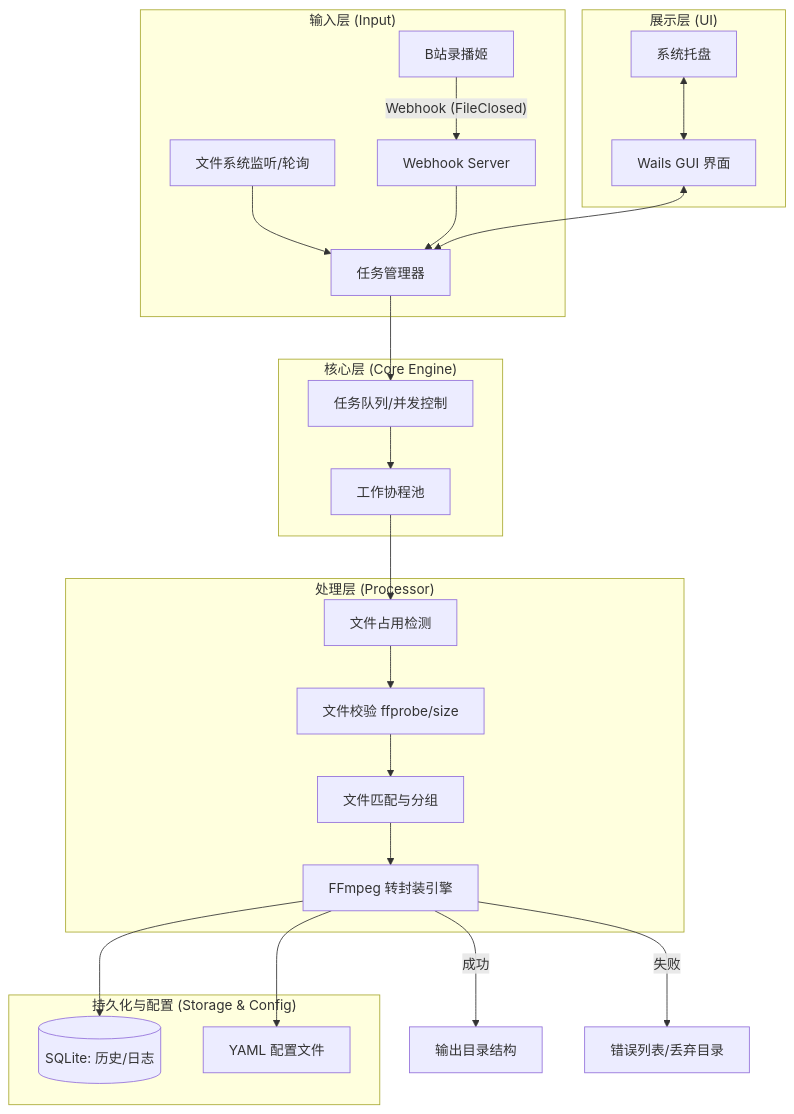
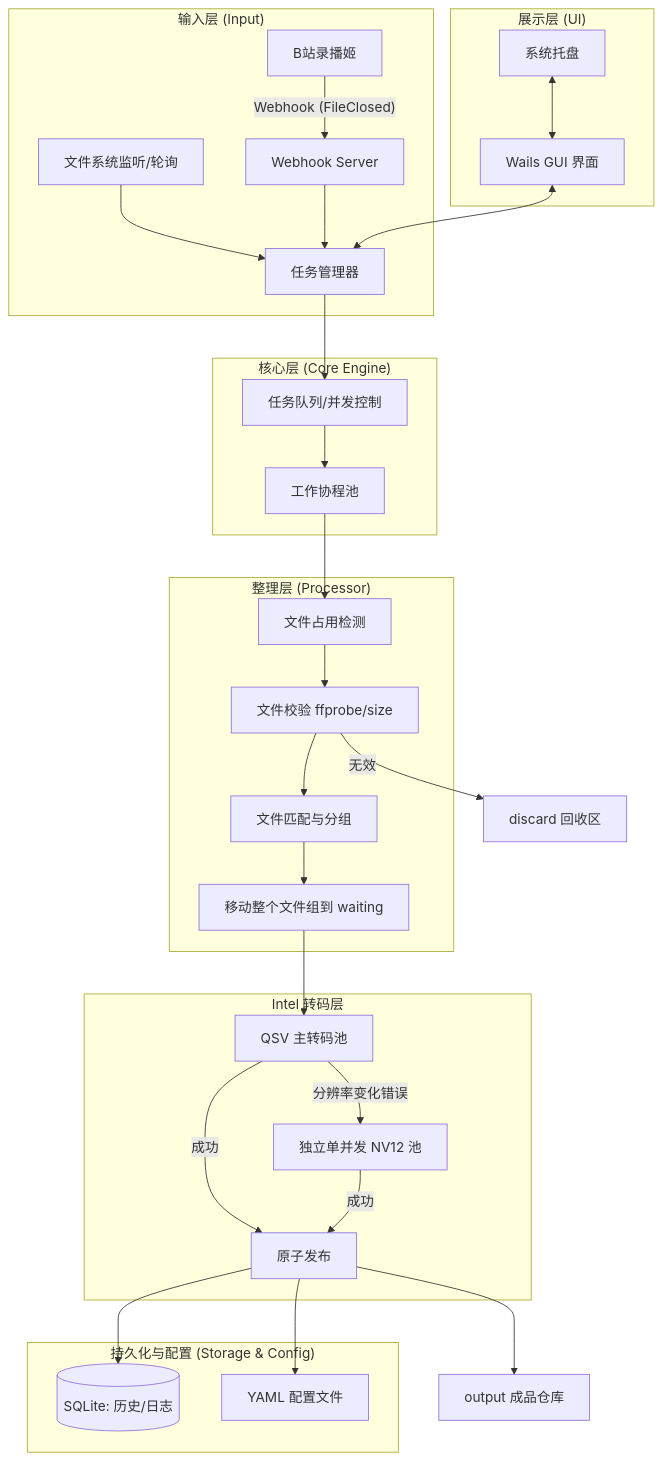
One commit to feifei2005/BililiveRec-Autoarchive changed the diagram in docs/architecture.md. Above: the diagram before and after it, drawn with Mermaid. The commit also changed other lines of this file and 18 other files, not shown here.

````diff
--- a/docs/architecture.md
+++ b/docs/architecture.md
@@ -29,33 +29,40 @@
 ```mermaid
 graph TD
     subgraph "输入层 (Input)"
         BR[B站录播姬] -- Webhook (FileClosed) --> WS[Webhook Server]
         FS[文件系统监听/轮询] --> TM[任务管理器]
     end
 
     subgraph "核心层 (Core Engine)"
         WS --> TM
         TM --> TQ[任务队列/并发控制]
         TQ --> WP[工作协程池]
     end
 
-    subgraph "处理层 (Processor)"
+    subgraph "整理层 (Processor)"
         WP --> FD[文件占用检测]
         FD --> FV[文件校验 ffprobe/size]
         FV --> FM[文件匹配与分组]
-        FM --> FR[FFmpeg 转封装引擎]
+        FM --> SG[移动整个文件组到 waiting]
+    end
+
+    subgraph "Intel 转码层"
+        SG --> QSV[QSV 主转码池]
+        QSV -- 分辨率变化错误 --> NV12[独立单并发 NV12 池]
+        QSV -- 成功 --> PUB[原子发布]
+        NV12 -- 成功 --> PUB
     end
 
     subgraph "持久化与配置 (Storage & Config)"
-        FR --> DB[(SQLite: 历史/日志)]
-        FR --> CFG[YAML 配置文件]
+        PUB --> DB[(SQLite: 历史/日志)]
+        PUB --> CFG[YAML 配置文件]
     end
 
     subgraph "展示层 (UI)"
         GUI[Wails GUI 界面] <--> TM
         TRAY[系统托盘] <--> GUI
     end
 
-    FR -- 成功 --> OP[输出目录结构]
-    FR -- 失败 --> EL[错误列表/丢弃目录]
+    PUB --> OP[output 成品仓库]
+    FV -- 无效 --> EL[discard 回收区]
 ```
````
